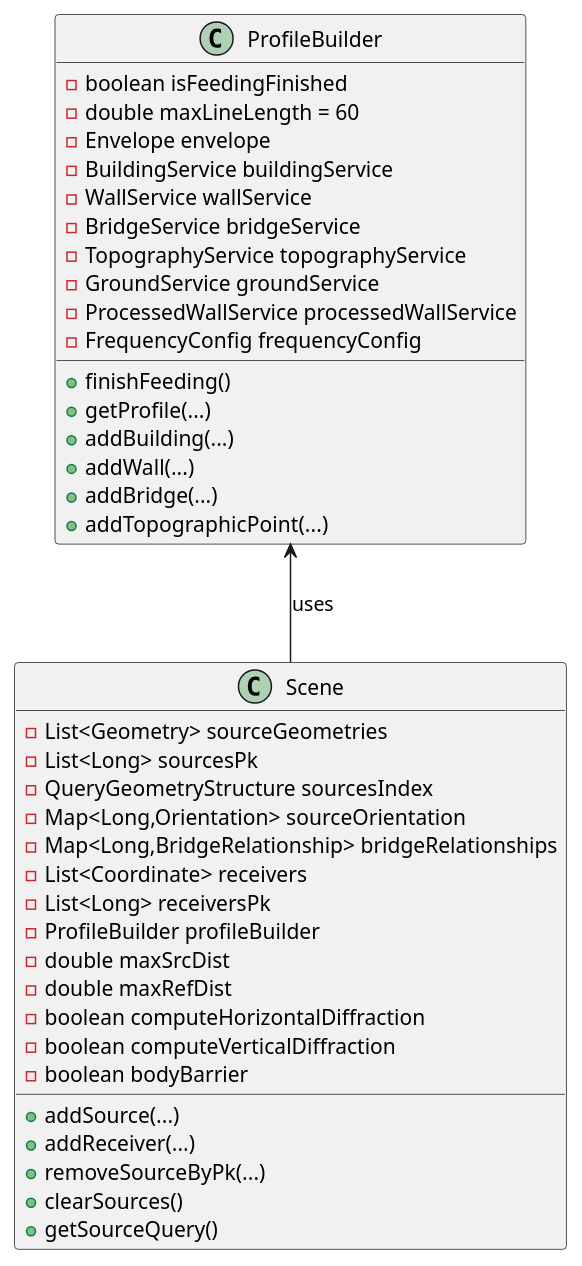
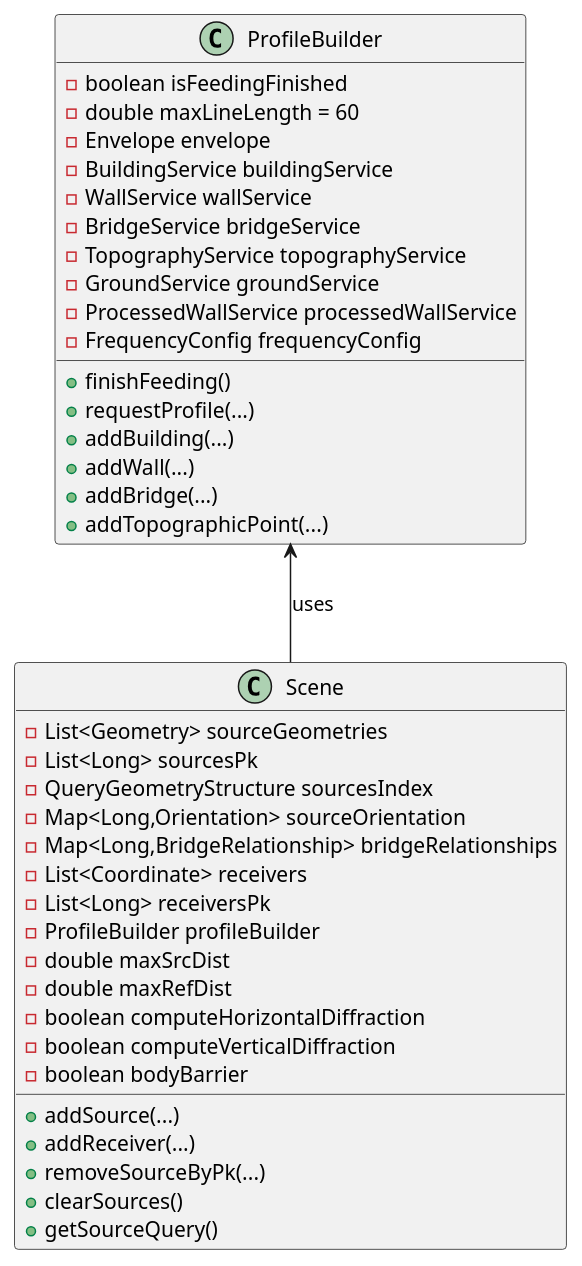
Before and after one commit to jtagusari/NoiseModelling: the first of 5 diagrams in Docs-dev/scene.md, drawn with PlantUML. The commit also changed other lines of this file and 30 other files, not shown here.

````diff
--- a/Docs-dev/scene.md
+++ b/Docs-dev/scene.md
@@ -28,48 +29,48 @@
 ```plantuml
 @startuml
 skinparam componentStyle rectangle
 
 class Scene {
   - List<Geometry> sourceGeometries
   - List<Long> sourcesPk
   - QueryGeometryStructure sourcesIndex
   - Map<Long,Orientation> sourceOrientation
   - Map<Long,BridgeRelationship> bridgeRelationships
   - List<Coordinate> receivers
   - List<Long> receiversPk
   - ProfileBuilder profileBuilder
   - double maxSrcDist
   - double maxRefDist
   - boolean computeHorizontalDiffraction
   - boolean computeVerticalDiffraction
   - boolean bodyBarrier
   + addSource(...)
   + addReceiver(...)
   + removeSourceByPk(...)
   + clearSources()
   + getSourceQuery()
 }
 
 
 class ProfileBuilder {
   - boolean isFeedingFinished
   - double maxLineLength = 60
   - Envelope envelope
   - BuildingService buildingService
   - WallService wallService
   - BridgeService bridgeService
   - TopographyService topographyService
   - GroundService groundService
   - ProcessedWallService processedWallService
   - FrequencyConfig frequencyConfig
   + finishFeeding()
-  + getProfile(...)
+  + requestProfile(...)
   + addBuilding(...)
   + addWall(...)
   + addBridge(...)
   + addTopographicPoint(...)
 }
 
 ProfileBuilder <-- Scene : uses
 @enduml
 ```
````
